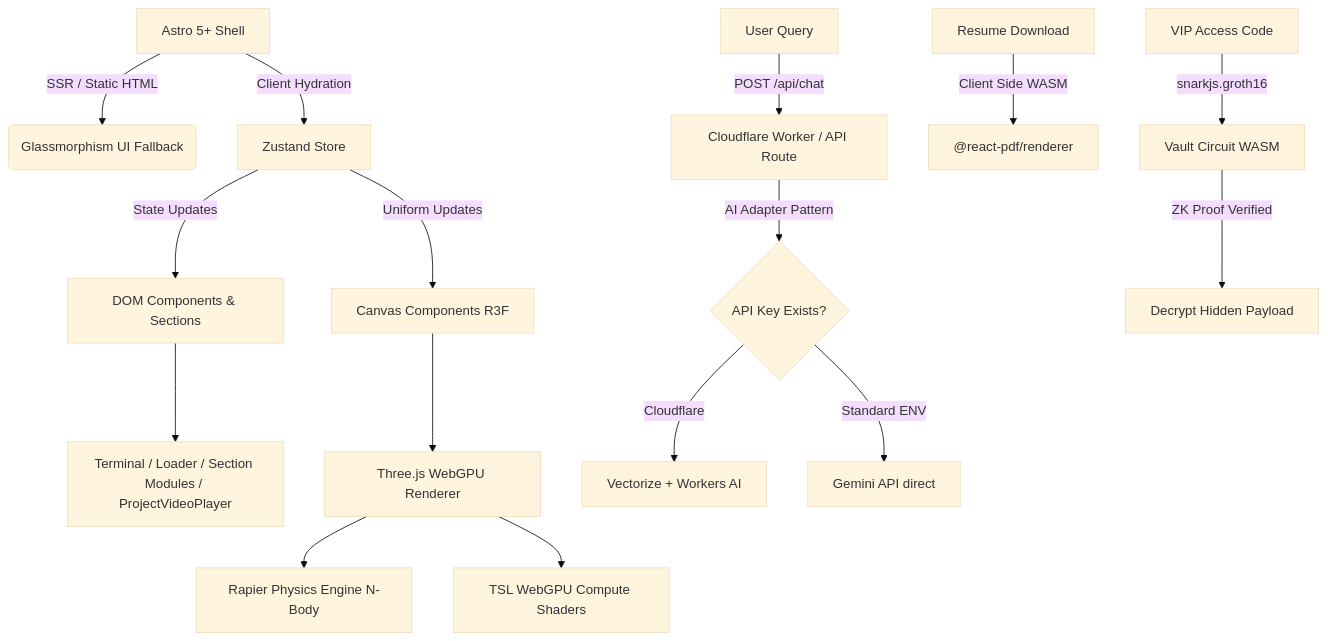
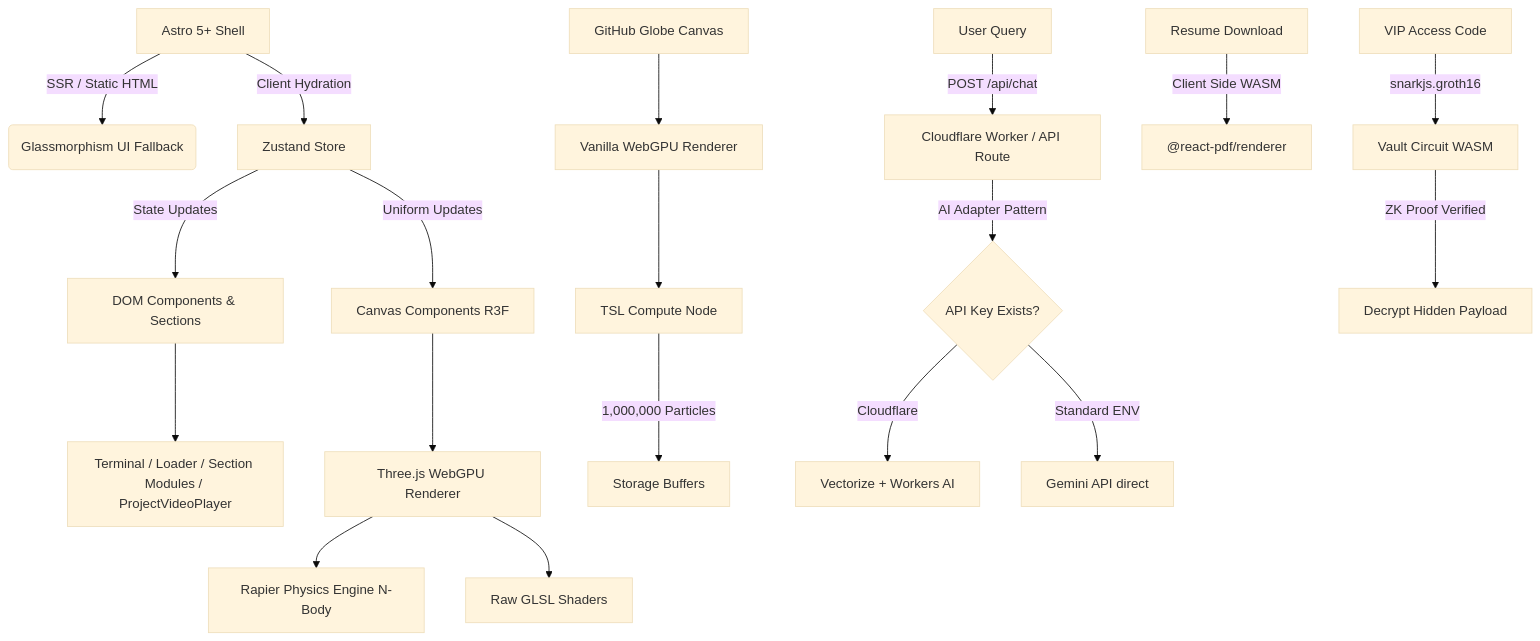
Before and after one commit to vikastiwari/elite-dev-portfolio: the diagram in docs/ARCHITECTURE.md, drawn with Mermaid (base theme). The commit also changed other lines of this file and 7 other files, not shown here.

Commit message:
docs: comprehensive update of all 8 core documents covering WebGPU architecture, ZK-Vault, and TSL compute shaders

````diff
--- a/docs/ARCHITECTURE.md
+++ b/docs/ARCHITECTURE.md
@@ -9,24 +9,28 @@
 ```mermaid
 graph TD
     A[Astro 5+ Shell] -->|SSR / Static HTML| B(Glassmorphism UI Fallback)
     A -->|Client Hydration| C[Zustand Store]
     
     C -->|State Updates| D[DOM Components & Sections]
     C -->|Uniform Updates| E[Canvas Components R3F]
     
     D --> F[Terminal / Loader / Section Modules / ProjectVideoPlayer]
     E --> G[Three.js WebGPU Renderer]
     
     G --> H[Rapier Physics Engine N-Body]
-    G --> H2[TSL WebGPU Compute Shaders]
+    G --> H2[Raw GLSL Shaders]
+    
+    S[GitHub Globe Canvas] --> T[Vanilla WebGPU Renderer]
+    T --> U[TSL Compute Node]
+    U -->|1,000,000 Particles| V[Storage Buffers]
     
     I[User Query] -->|POST /api/chat| J[Cloudflare Worker / API Route]
     J -->|AI Adapter Pattern| K{API Key Exists?}
     K -->|Cloudflare| L[Vectorize + Workers AI]
     K -->|Standard ENV| M[Gemini API direct]
     
     N[Resume Download] -->|Client Side WASM| O["@react-pdf/renderer"]
     
     P[VIP Access Code] -->|snarkjs.groth16| Q[Vault Circuit WASM]
     Q -->|ZK Proof Verified| R[Decrypt Hidden Payload]
 ```
````
